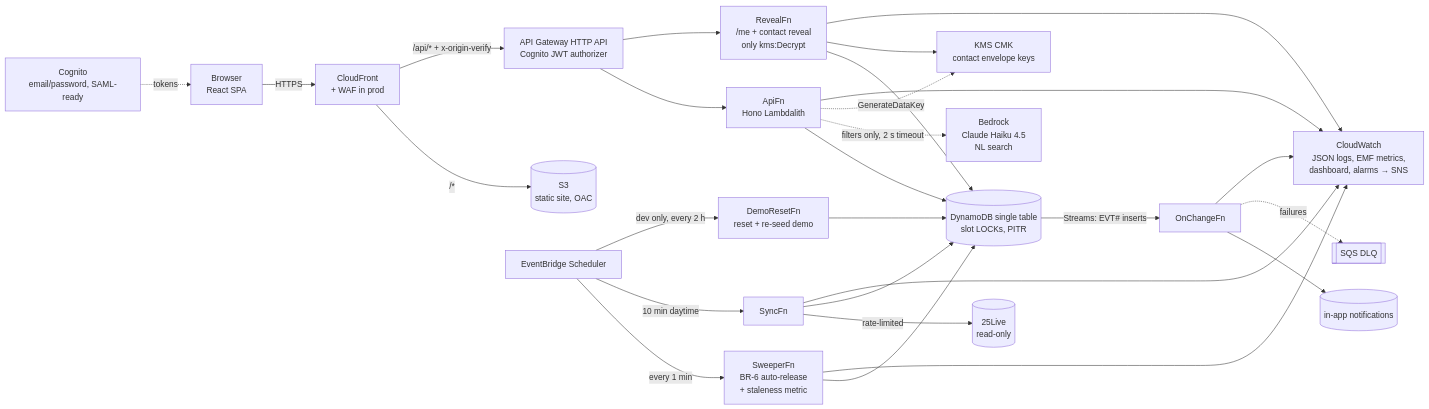
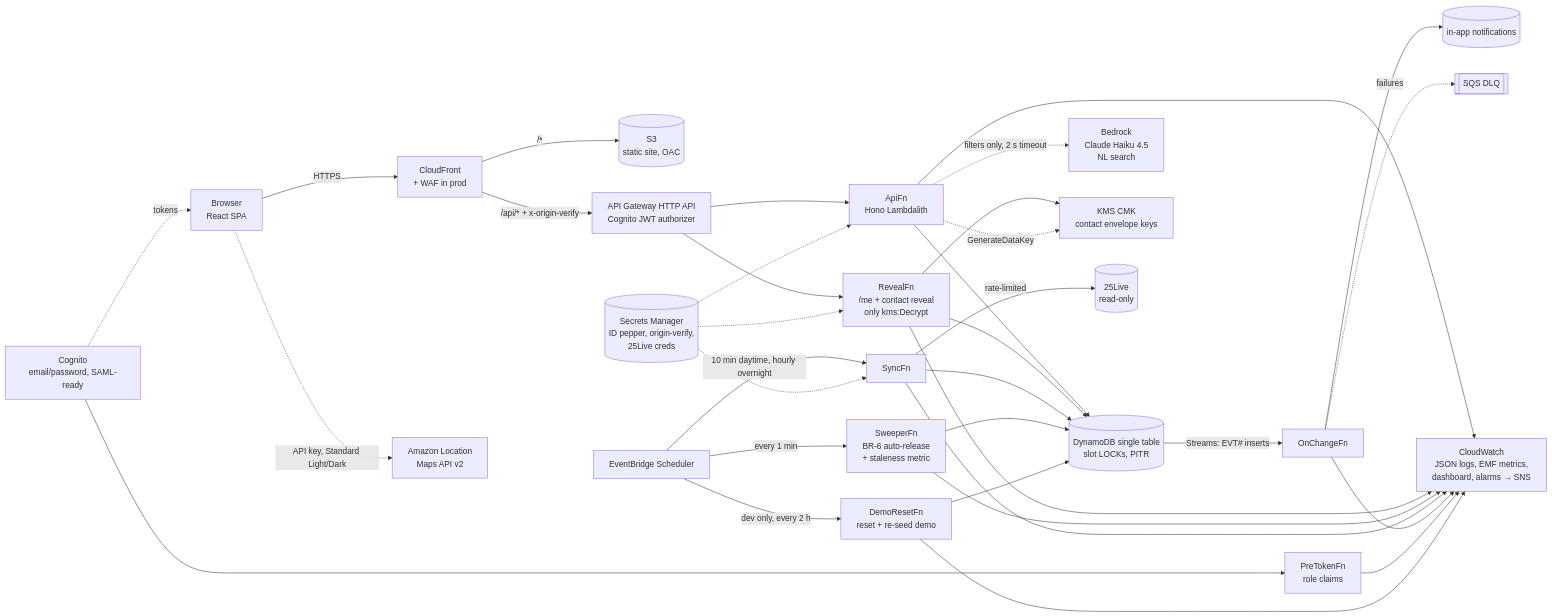
Before and after one commit to lakshmanlak07/freeroom: the diagram in docs/architecture.mmd, drawn with Mermaid. The commit also changed 7 other files, not shown here.

```diff
--- a/docs/architecture.mmd
+++ b/docs/architecture.mmd
@@ -1,20 +1,23 @@
 flowchart LR
   U[Browser<br/>React SPA] -->|HTTPS| CF[CloudFront<br/>+ WAF in prod]
+  U -.API key, Standard Light/Dark.-> LOC[Amazon Location<br/>Maps API v2]
   CF -->|/*| S3[(S3<br/>static site, OAC)]
   CF -->|/api/* + x-origin-verify| GW[API Gateway HTTP API<br/>Cognito JWT authorizer]
   GW --> API[ApiFn<br/>Hono Lambdalith]
   GW --> RV[RevealFn<br/>/me + contact reveal<br/>only kms:Decrypt]
   API --> DDB[(DynamoDB single table<br/>slot LOCKs, PITR)]
   API -.filters only, 2 s timeout.-> BR[Bedrock<br/>Claude Haiku 4.5<br/>NL search]
   RV --> DDB
   RV --> KMS[KMS CMK<br/>contact envelope keys]
   API -.GenerateDataKey.-> KMS
   DDB -->|Streams: EVT# inserts| OC[OnChangeFn] --> N[(in-app notifications)]
   OC -.failures.-> DLQ[[SQS DLQ]]
   SCH[EventBridge Scheduler] -->|every 1 min| SW[SweeperFn<br/>BR-6 auto-release<br/>+ staleness metric]
-  SCH -->|10 min daytime| SY[SyncFn] -->|rate-limited| L25[(25Live<br/>read-only)]
+  SCH -->|10 min daytime, hourly overnight| SY[SyncFn] -->|rate-limited| L25[(25Live<br/>read-only)]
+  SM[(Secrets Manager<br/>ID pepper, origin-verify,<br/>25Live creds)] -.-> API & RV & SY
   SY --> DDB
   SW --> DDB
   SCH -->|dev only, every 2 h| DR[DemoResetFn<br/>reset + re-seed demo] --> DDB
   COG[Cognito<br/>email/password, SAML-ready] -.tokens.-> U
-  API & RV & SW & SY & OC --> CW[CloudWatch<br/>JSON logs, EMF metrics,<br/>dashboard, alarms → SNS]
+  COG --> PT[PreTokenFn<br/>role claims]
+  API & RV & SW & SY & OC & PT & DR --> CW[CloudWatch<br/>JSON logs, EMF metrics,<br/>dashboard, alarms → SNS]
```
